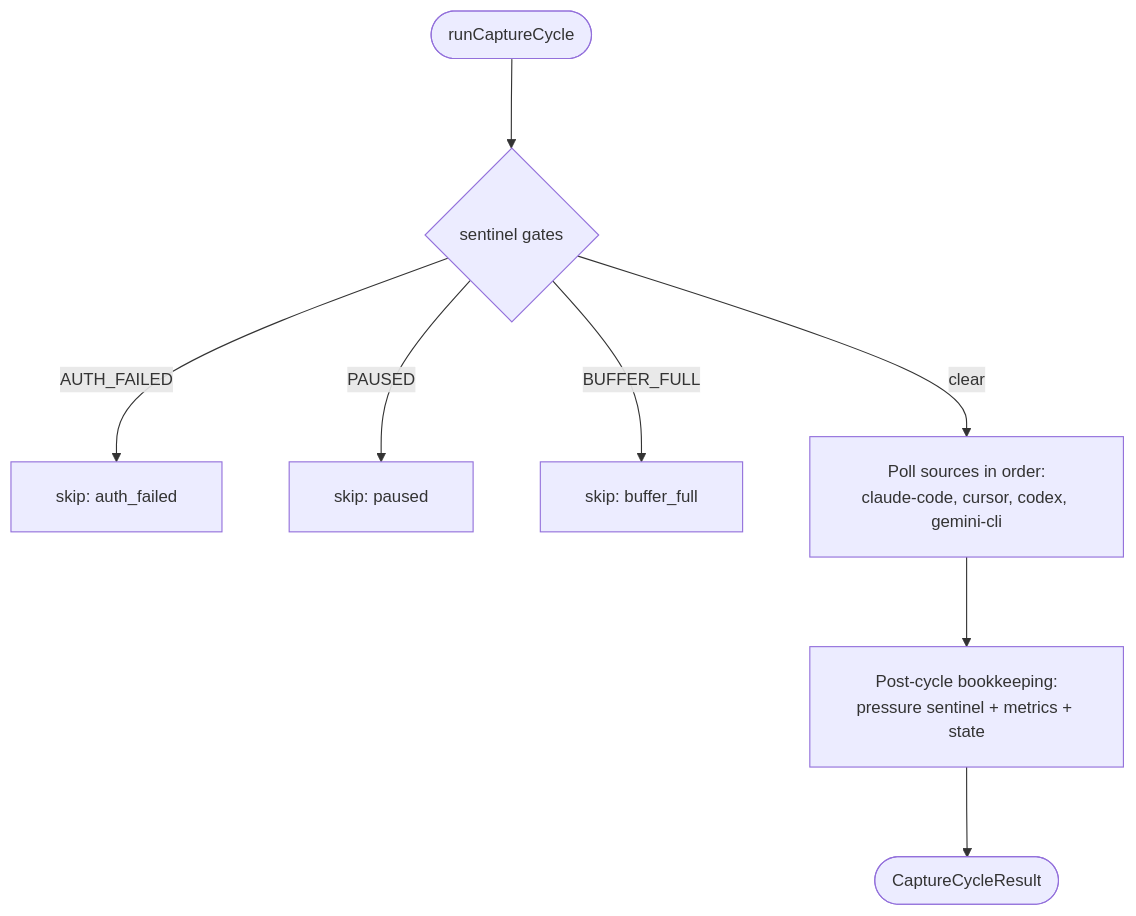
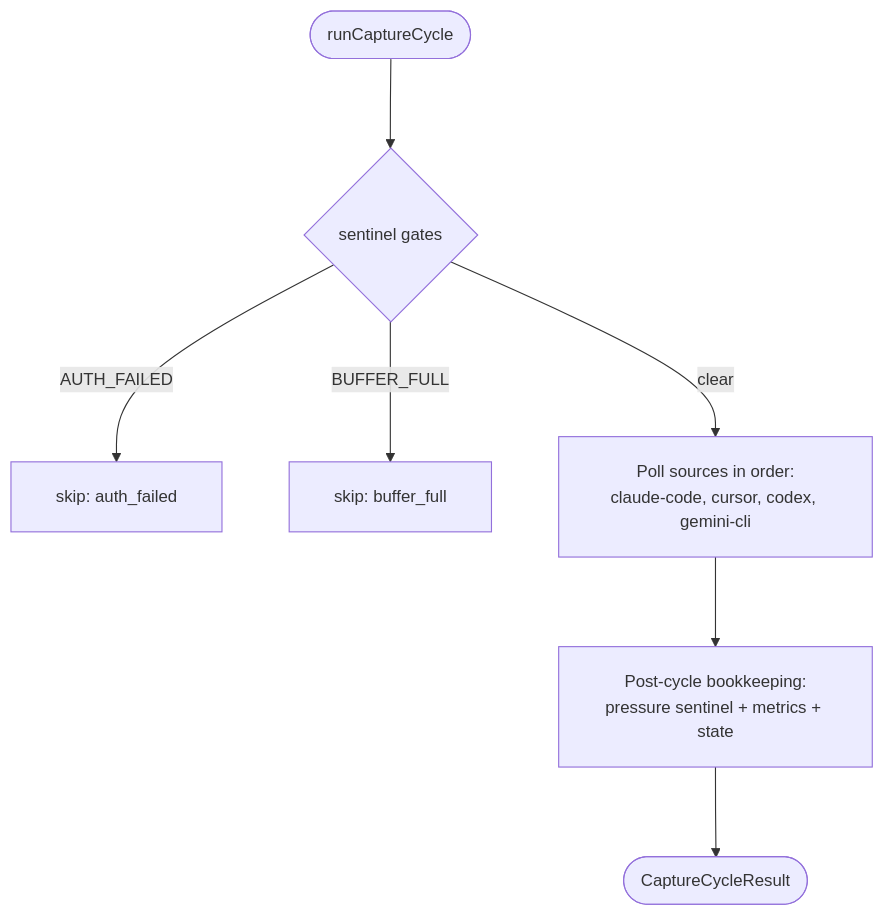
The first of 2 diagrams in docs/04-daemon-loops/4.1-capture-cycle.md (proxai/proxai_gateway), drawn with Mermaid before and after one commit. The commit also changed other lines of this file and 94 other files, not shown here.

````diff
--- a/docs/04-daemon-loops/4.1-capture-cycle.md
+++ b/docs/04-daemon-loops/4.1-capture-cycle.md
@@ -11,12 +11,11 @@
 ```mermaid
 %%{init: {'flowchart': {'useMaxWidth': false, 'htmlLabels': true, 'curve': 'basis', 'nodeSpacing': 60, 'rankSpacing': 80, 'padding': 20}, 'sequence': {'useMaxWidth': false, 'mirrorActors': false, 'actorMargin': 100, 'messageMargin': 50, 'boxMargin': 20, 'wrap': true}, 'stateDiagram': {'useMaxWidth': false, 'nodeSpacing': 60, 'rankSpacing': 80}, 'themeVariables': {'fontSize': '15px'}}}%%
 flowchart TD
   start([runCaptureCycle])
   start --> gate{sentinel gates}
   gate -->|AUTH_FAILED| skip1[skip: auth_failed]
-  gate -->|PAUSED| skip2[skip: paused]
-  gate -->|BUFFER_FULL| skip3[skip: buffer_full]
+  gate -->|BUFFER_FULL| skip2[skip: buffer_full]
   gate -->|clear| poll[Poll sources in order:<br/>claude-code, cursor, codex, gemini-cli]
   poll --> post[Post-cycle bookkeeping:<br/>pressure sentinel + metrics + state]
   post --> done([CaptureCycleResult])
 ```
````
